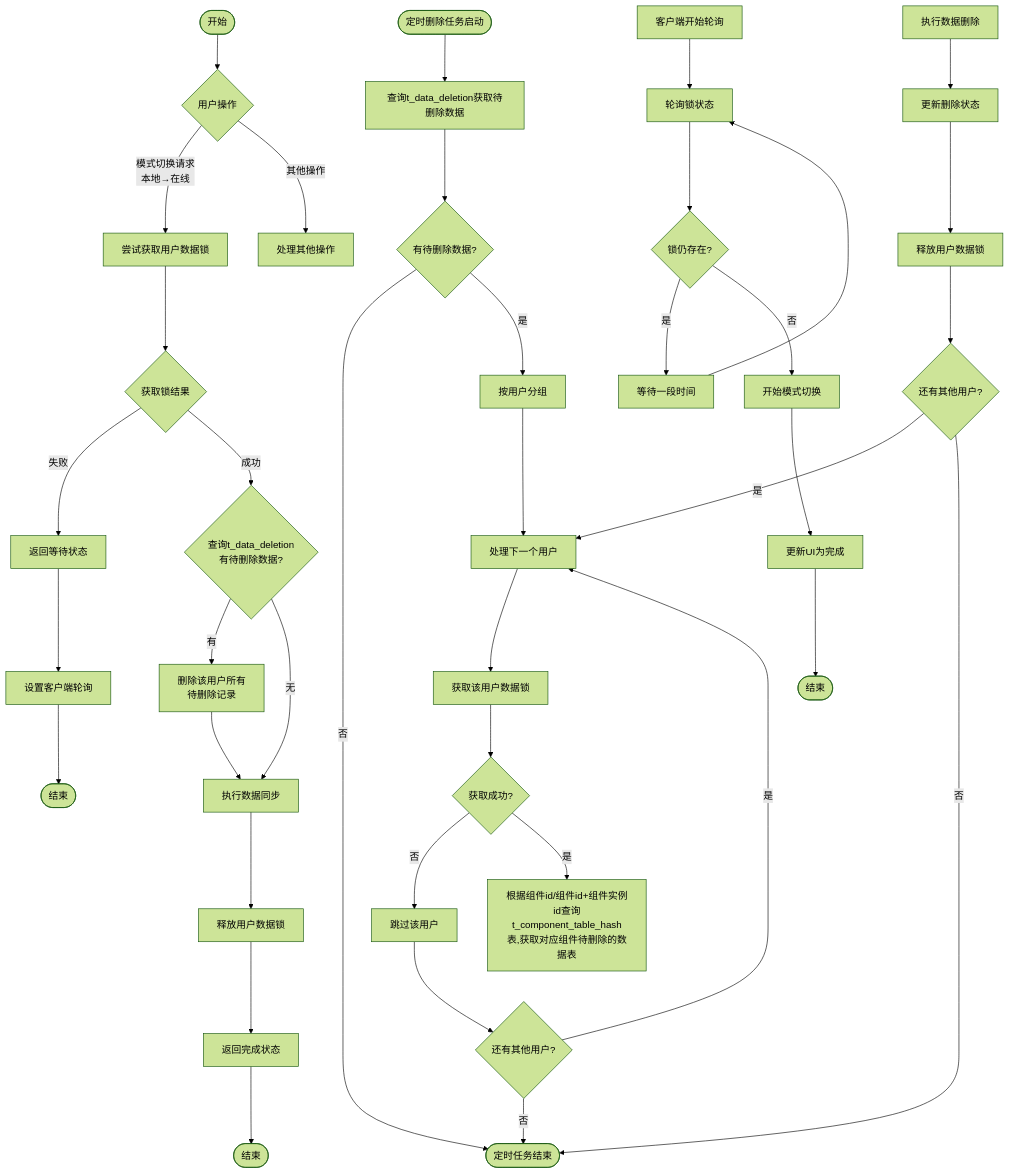
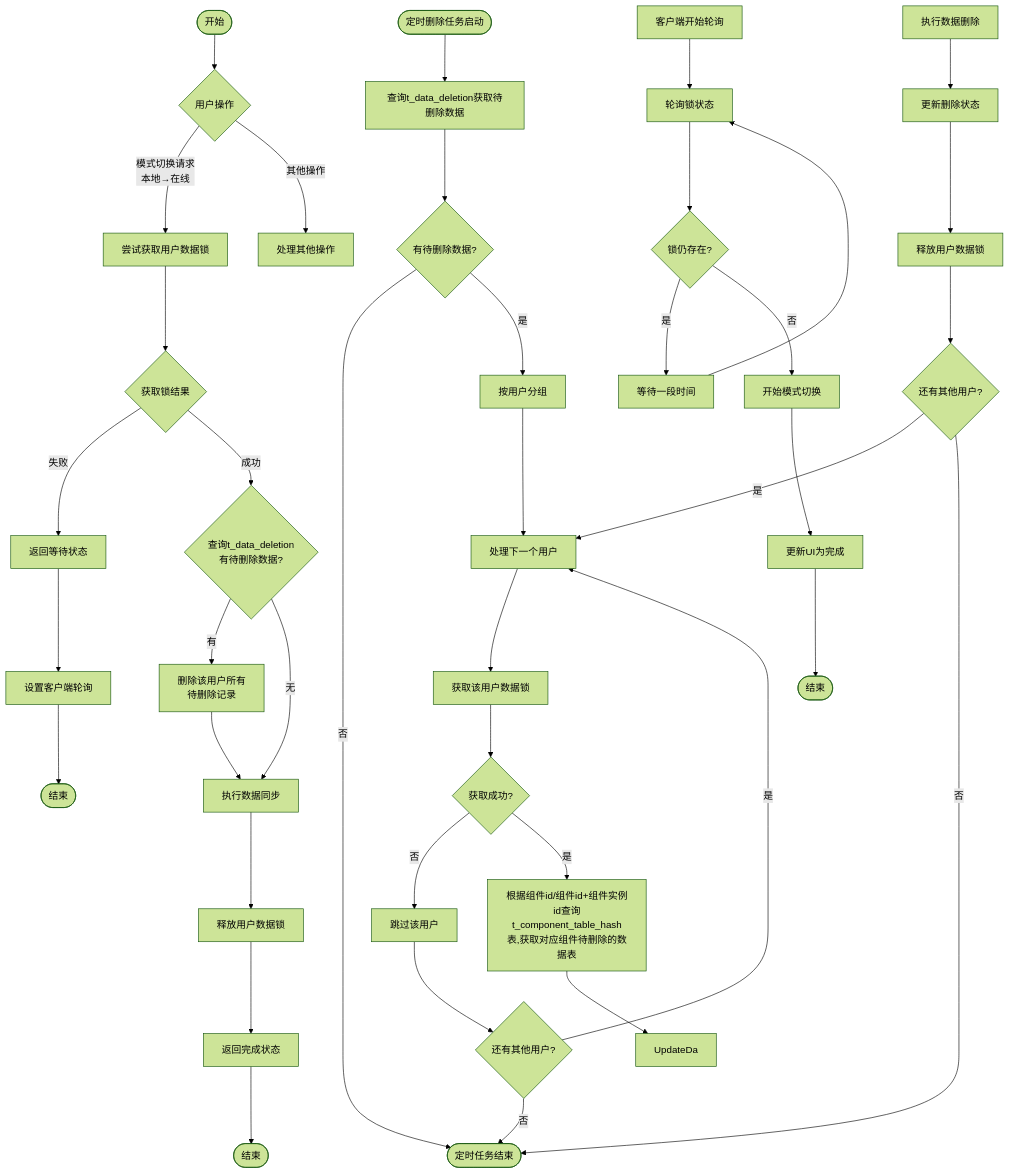
The diagram in all/未命名-57.md (yingjianzh/iodraw-files), drawn with Mermaid (forest theme) before and after one commit.

Commit message:
2025-05-12 11:22:30 update

````diff
--- a/all/未命名-57.md
+++ b/all/未命名-57.md
@@ -1,62 +1,62 @@
 ```mermaid
 flowchart TD
     %% 主要分支
     Start([开始]) --> UserAction{用户操作}
     UserAction -->|模式切换请求\n本地→在线| TryLock[尝试获取用户数据锁]
     UserAction -->|其他操作| OtherOps[处理其他操作]
     
     %% 定时删除任务分支
     ScheduledTask([定时删除任务启动]) --> QueryDeletions[查询t_data_deletion获取待删除数据]
     QueryDeletions --> HasTasks{有待删除数据?}
     HasTasks -->|否| TaskEnd([定时任务结束])
     HasTasks -->|是| GroupByUser[按用户分组]
     
     %% 处理用户数据删除
     GroupByUser --> ProcessNextUser[处理下一个用户]
     ProcessNextUser --> AcquireLock[获取该用户数据锁]
     AcquireLock --> LockSuccess{获取成功?}
     
     LockSuccess -->|否| SkipUser[跳过该用户]
     SkipUser --> MoreUsers1{还有其他用户?}
     MoreUsers1 -->|是| ProcessNextUser
     MoreUsers1 -->|否| TaskEnd
     
     LockSuccess -->|是| GetData[根据组件id/组件id+组件实例id查询t_component_table_hash表,获取对应组件待删除的数据表]
     
-    
+    GetData --> UpdateDa
     DeleteData[执行数据删除]
     DeleteData --> UpdateStatus[更新删除状态]
     UpdateStatus --> ReleaseLock[释放用户数据锁]
     ReleaseLock --> MoreUsers2{还有其他用户?}
     MoreUsers2 -->|是| ProcessNextUser
     MoreUsers2 -->|否| TaskEnd
     
     %% 模式切换流程
     TryLock --> LockResult{获取锁结果}
     
     LockResult -->|失败| ReturnWaiting[返回等待状态]
     ReturnWaiting --> SetupPolling[设置客户端轮询]
     SetupPolling --> End1([结束])
     
     LockResult -->|成功| CheckPendingDeletion{查询t_data_deletion\n有待删除数据?}
     
     CheckPendingDeletion -->|有| RemoveDeletionRecords[删除该用户所有\n待删除记录]
     RemoveDeletionRecords --> PerformSync[执行数据同步]
     
     CheckPendingDeletion -->|无| PerformSync
     
     PerformSync --> ReleaseSwitchLock[释放用户数据锁]
     ReleaseSwitchLock --> ReturnComplete[返回完成状态]
     ReturnComplete --> End2([结束])
     
     %% 客户端轮询
     ClientPolling[客户端开始轮询] --> PollLockStatus[轮询锁状态]
     PollLockStatus --> StillLocked{锁仍存在?}
     
     StillLocked -->|是| WaitInterval[等待一段时间]
     WaitInterval --> PollLockStatus
     
     StillLocked -->|否| StartSwitch[开始模式切换]
     StartSwitch --> CompleteUI[更新UI为完成]
     CompleteUI --> End3([结束])
 ```
````
